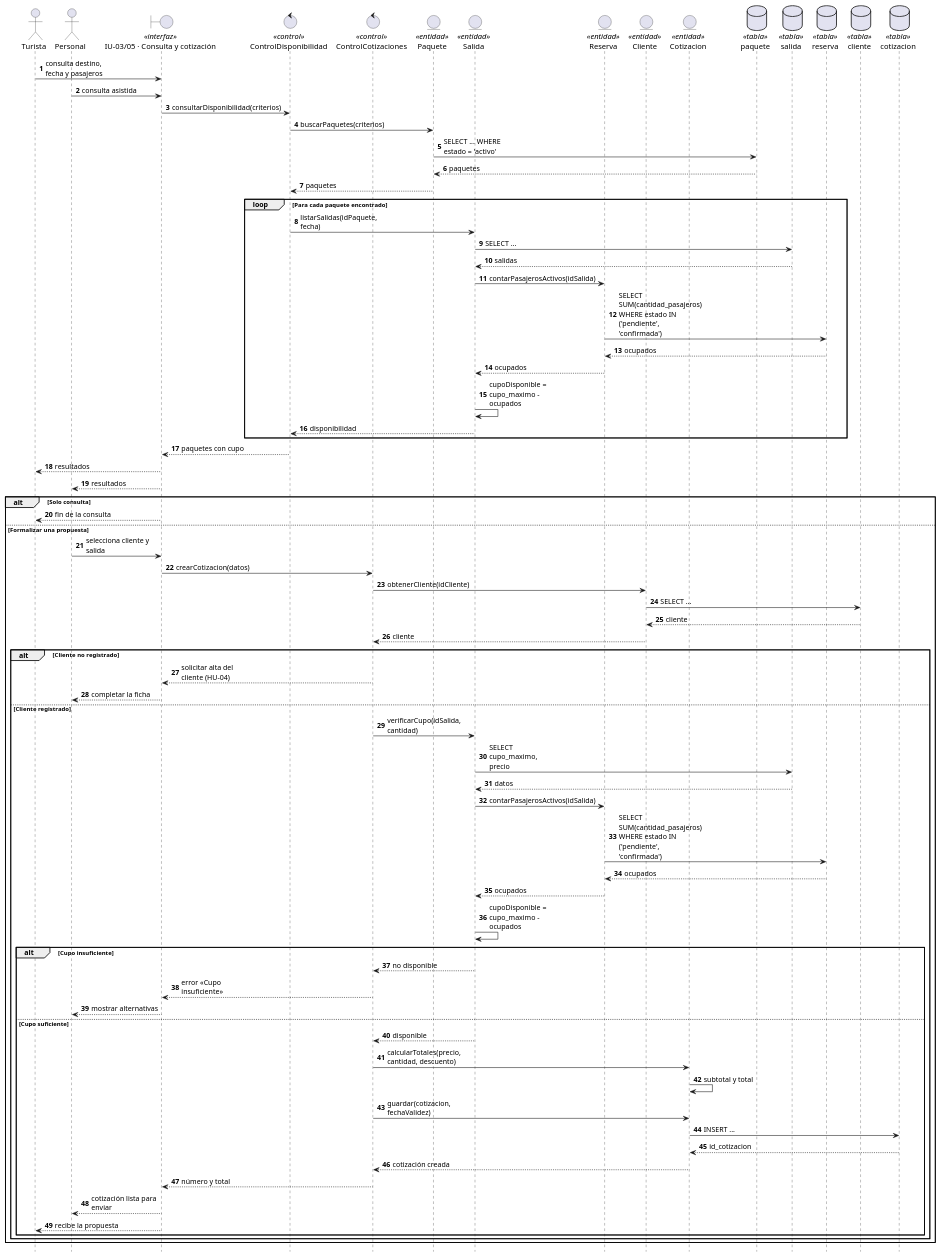
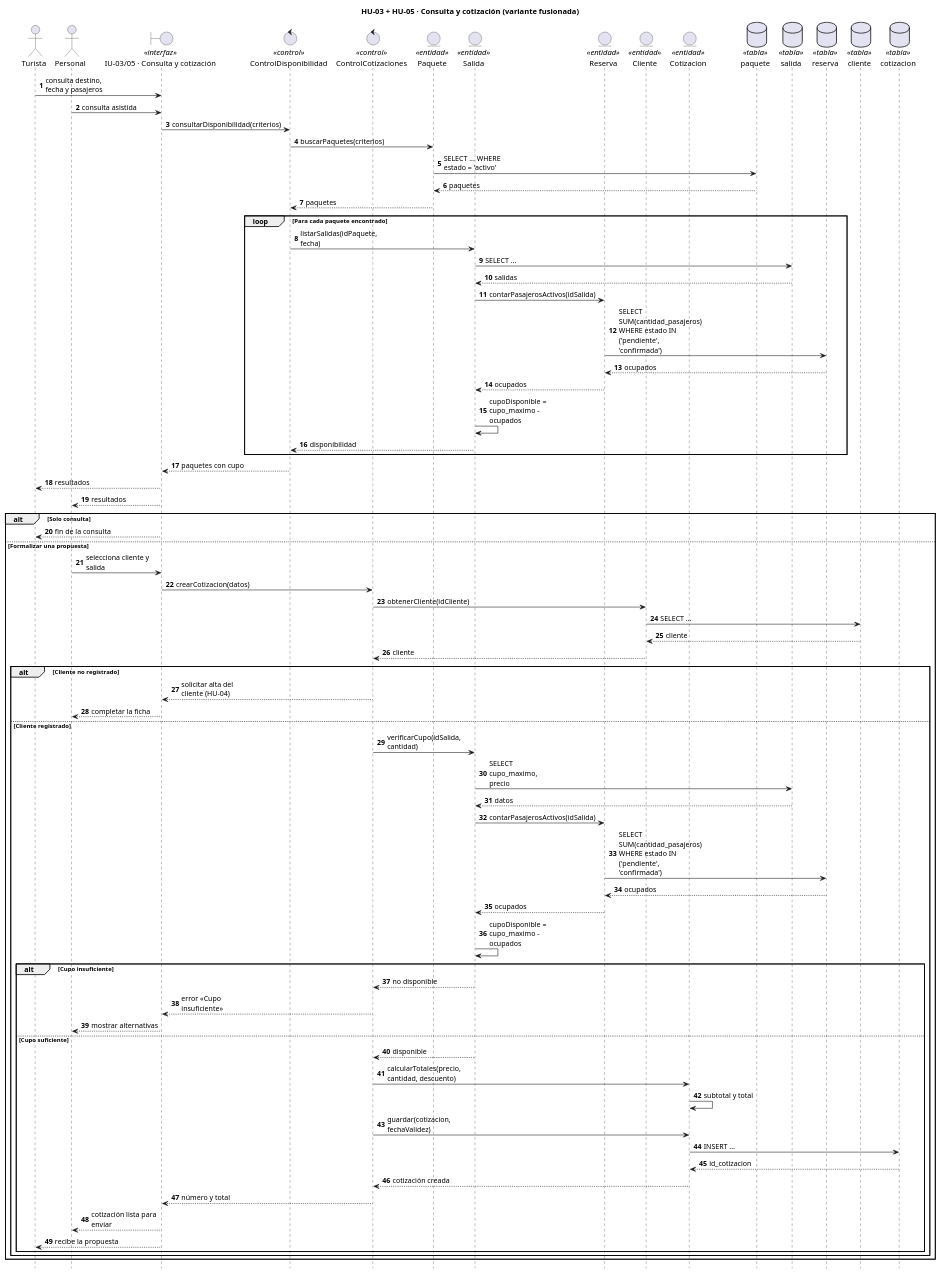
One commit to fervflow/sis-inf3-proyecto-formativo changed the diagram in sistema/diagramas/uml/secuencia-fusionados/hu-03-05-consulta-cotizacion.puml. Above: the diagram before and after it, drawn with PlantUML. The commit also changed 24 other files, not shown here.

Commit message:
feat: titulo de HU en diagramas de secuencia

```diff
--- a/sistema/diagramas/uml/secuencia-fusionados/hu-03-05-consulta-cotizacion.puml
+++ b/sistema/diagramas/uml/secuencia-fusionados/hu-03-05-consulta-cotizacion.puml
@@ -1,90 +1,90 @@
 @startuml
-' HU-03 + HU-05 · Consulta y cotización (variante fusionada)
+title HU-03 + HU-05 · Consulta y cotización (variante fusionada)
 ' El cliente consulta directamente y el personal formaliza la propuesta.
 ' Ambas acciones usan el mismo criterio de disponibilidad.
 hide footbox
 autonumber
 skinparam maxMessageSize 130
 
 actor "Turista" as TUR
 actor "Personal" as PER
 boundary "IU-03/05 · Consulta y cotización" as UI <<interfaz>>
 control "ControlDisponibilidad" as CDISP <<control>>
 control "ControlCotizaciones" as CCOT <<control>>
 entity "Paquete" as E_PAQUETE <<entidad>>
 entity "Salida" as E_SALIDA <<entidad>>
 entity "Reserva" as E_RESERVA <<entidad>>
 entity "Cliente" as E_CLIENTE <<entidad>>
 entity "Cotizacion" as E_COTIZACION <<entidad>>
 database "paquete" as T_PAQUETE <<tabla>>
 database "salida" as T_SALIDA <<tabla>>
 database "reserva" as T_RESERVA <<tabla>>
 database "cliente" as T_CLIENTE <<tabla>>
 database "cotizacion" as T_COTIZACION <<tabla>>
 
 TUR -> UI : consulta destino, fecha y pasajeros
 PER -> UI : consulta asistida
 UI -> CDISP : consultarDisponibilidad(criterios)
 CDISP -> E_PAQUETE : buscarPaquetes(criterios)
 E_PAQUETE -> T_PAQUETE : SELECT ... WHERE estado = 'activo'
 T_PAQUETE --> E_PAQUETE : paquetes
 E_PAQUETE --> CDISP : paquetes
 
 loop Para cada paquete encontrado
     CDISP -> E_SALIDA : listarSalidas(idPaquete, fecha)
     E_SALIDA -> T_SALIDA : SELECT ...
     T_SALIDA --> E_SALIDA : salidas
     E_SALIDA -> E_RESERVA : contarPasajerosActivos(idSalida)
     E_RESERVA -> T_RESERVA : SELECT SUM(cantidad_pasajeros)\nWHERE estado IN ('pendiente', 'confirmada')
     T_RESERVA --> E_RESERVA : ocupados
     E_RESERVA --> E_SALIDA : ocupados
     E_SALIDA -> E_SALIDA : cupoDisponible = cupo_maximo - ocupados
     E_SALIDA --> CDISP : disponibilidad
 end
 
 CDISP --> UI : paquetes con cupo
 UI --> TUR : resultados
 UI --> PER : resultados
 
 alt Solo consulta
     UI --> TUR : fin de la consulta
 else Formalizar una propuesta
     PER -> UI : selecciona cliente y salida
     UI -> CCOT : crearCotizacion(datos)
     CCOT -> E_CLIENTE : obtenerCliente(idCliente)
     E_CLIENTE -> T_CLIENTE : SELECT ...
     T_CLIENTE --> E_CLIENTE : cliente
     E_CLIENTE --> CCOT : cliente
 
     alt Cliente no registrado
         CCOT --> UI : solicitar alta del cliente (HU-04)
         UI --> PER : completar la ficha
     else Cliente registrado
         CCOT -> E_SALIDA : verificarCupo(idSalida, cantidad)
         E_SALIDA -> T_SALIDA : SELECT cupo_maximo, precio
         T_SALIDA --> E_SALIDA : datos
         E_SALIDA -> E_RESERVA : contarPasajerosActivos(idSalida)
         E_RESERVA -> T_RESERVA : SELECT SUM(cantidad_pasajeros)\nWHERE estado IN ('pendiente', 'confirmada')
         T_RESERVA --> E_RESERVA : ocupados
         E_RESERVA --> E_SALIDA : ocupados
         E_SALIDA -> E_SALIDA : cupoDisponible = cupo_maximo - ocupados
 
         alt Cupo insuficiente
             E_SALIDA --> CCOT : no disponible
             CCOT --> UI : error «Cupo insuficiente»
             UI --> PER : mostrar alternativas
         else Cupo suficiente
             E_SALIDA --> CCOT : disponible
             CCOT -> E_COTIZACION : calcularTotales(precio, cantidad, descuento)
             E_COTIZACION -> E_COTIZACION : subtotal y total
             CCOT -> E_COTIZACION : guardar(cotizacion, fechaValidez)
             E_COTIZACION -> T_COTIZACION : INSERT ...
             T_COTIZACION --> E_COTIZACION : id_cotizacion
             E_COTIZACION --> CCOT : cotización creada
             CCOT --> UI : número y total
             UI --> PER : cotización lista para enviar
             UI --> TUR : recibe la propuesta
         end
     end
 end
 @enduml
```
